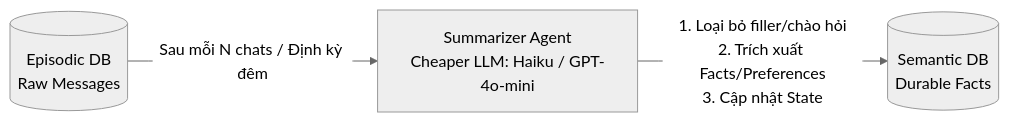
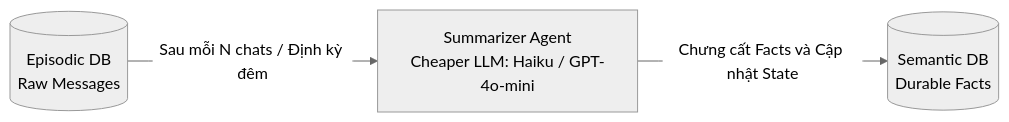
One commit to longhalo1803/second-brain changed the diagram in AI-knowledge/02 - Memory Systems/02.4 - Memory Distillation & Summarizer Agents.md. Above: the diagram before and after it, drawn with Mermaid (neutral theme). The commit also changed 59 other files, not shown here.

Commit message:
feat(DSA-knowledge): update metadata, mermaid diagrams, and formatting across knowledge base notes

````diff
--- a/AI-knowledge/02 - Memory Systems/02.4 - Memory Distillation & Summarizer Agents.md
+++ b/AI-knowledge/02 - Memory Systems/02.4 - Memory Distillation & Summarizer Agents.md
@@ -20,5 +20,5 @@
 ```mermaid
 graph LR
-    ChatHistory[(Episodic DB<br/>Raw Messages)] -->|Sau mỗi N chats / Định kỳ đêm| Summarizer[Summarizer Agent<br/>Cheaper LLM: Haiku / GPT-4o-mini]
-    Summarizer -->|1. Loại bỏ filler/chào hỏi<br/>2. Trích xuất Facts/Preferences<br/>3. Cập nhật State| SemanticDB[(Semantic DB<br/>Durable Facts)]
+    ChatHistory[("Episodic DB<br/>Raw Messages")] -->|"Sau mỗi N chats / Định kỳ đêm"| Summarizer["Summarizer Agent<br/>Cheaper LLM: Haiku / GPT-4o-mini"]
+    Summarizer -->|"Chưng cất Facts và Cập nhật State"| SemanticDB[("Semantic DB<br/>Durable Facts")]
 ```
````
